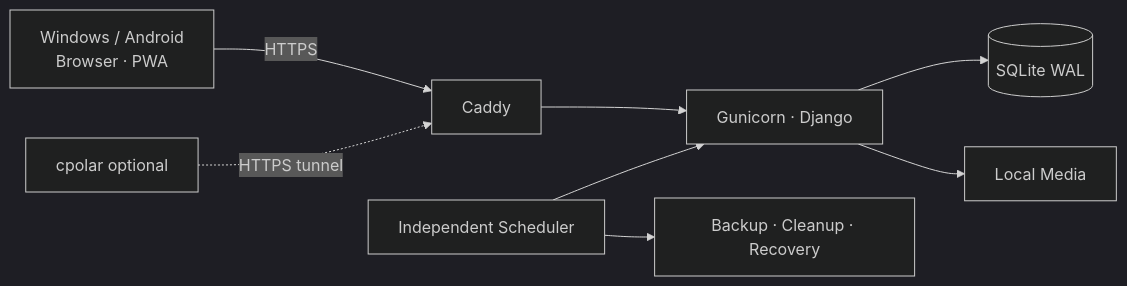
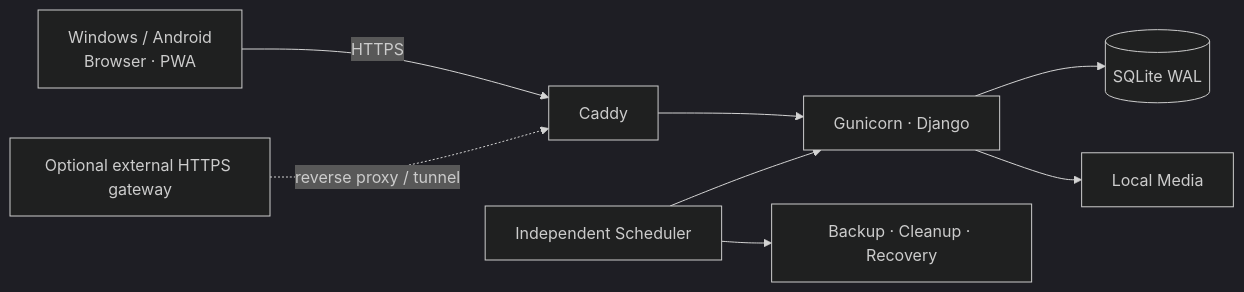
One commit to tuanliubuxi/campus-delivery-desk changed the diagram in README.md. Above: the diagram before and after it, drawn with Mermaid (dark theme). The commit also changed other lines of this file and 3 other files, not shown here.

````diff
--- a/README.md
+++ b/README.md
@@ -37,10 +37,10 @@
 ```mermaid
 flowchart LR
     U[Windows / Android<br/>Browser · PWA] -->|HTTPS| C[Caddy]
     C --> W[Gunicorn · Django]
     W --> D[(SQLite WAL)]
     W --> M[Local Media]
     S[Independent Scheduler] --> W
     S --> B[Backup · Cleanup · Recovery]
-    T[cpolar optional] -. HTTPS tunnel .-> C
+    G[Optional external HTTPS gateway] -. reverse proxy / tunnel .-> C
 ```
````
